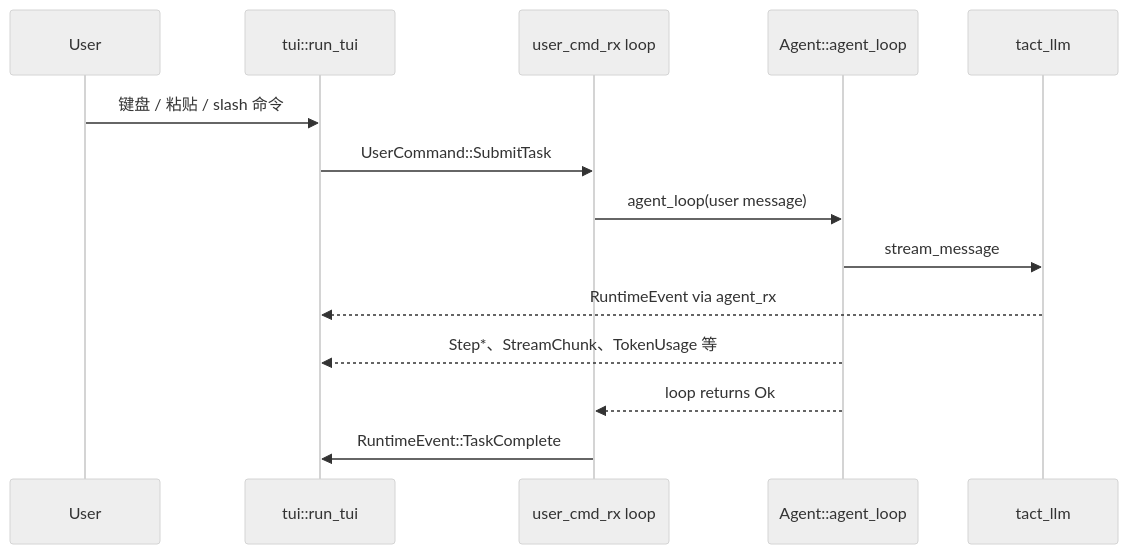
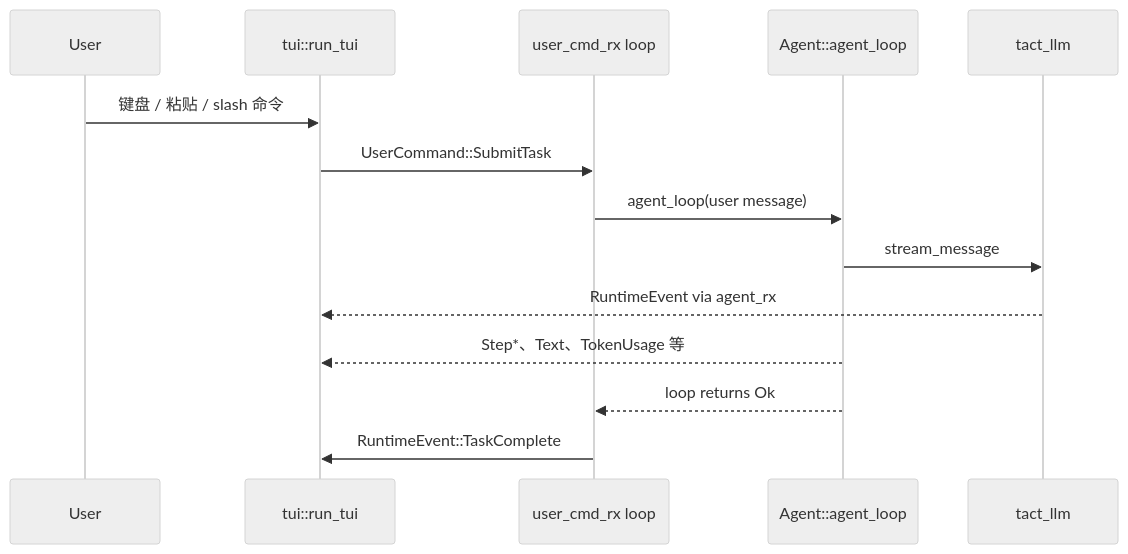
Before and after one commit to rust-infra/tact: the first of 3 diagrams in book/23_chapter_tui_zh.md, drawn with Mermaid (neutral theme). The commit also changed other lines of this file and 8 other files, not shown here.

````diff
--- a/book/23_chapter_tui_zh.md
+++ b/book/23_chapter_tui_zh.md
@@ -11,17 +11,17 @@
 ```mermaid
 sequenceDiagram
     participant User
     participant TUI as tui::run_tui
     participant Cmd as user_cmd_rx loop
     participant Agent as Agent::agent_loop
     participant LLM as tact_llm
 
     User->>TUI: 键盘 / 粘贴 / slash 命令
     TUI->>Cmd: UserCommand::SubmitTask
     Cmd->>Agent: agent_loop(user message)
     Agent->>LLM: stream_message
     LLM-->>TUI: RuntimeEvent via agent_rx
-    Agent-->>TUI: Step*、StreamChunk、TokenUsage 等
+    Agent-->>TUI: Step*、Text、TokenUsage 等
     Agent-->>Cmd: loop returns Ok
     Cmd->>TUI: RuntimeEvent::TaskComplete
 ```
````
